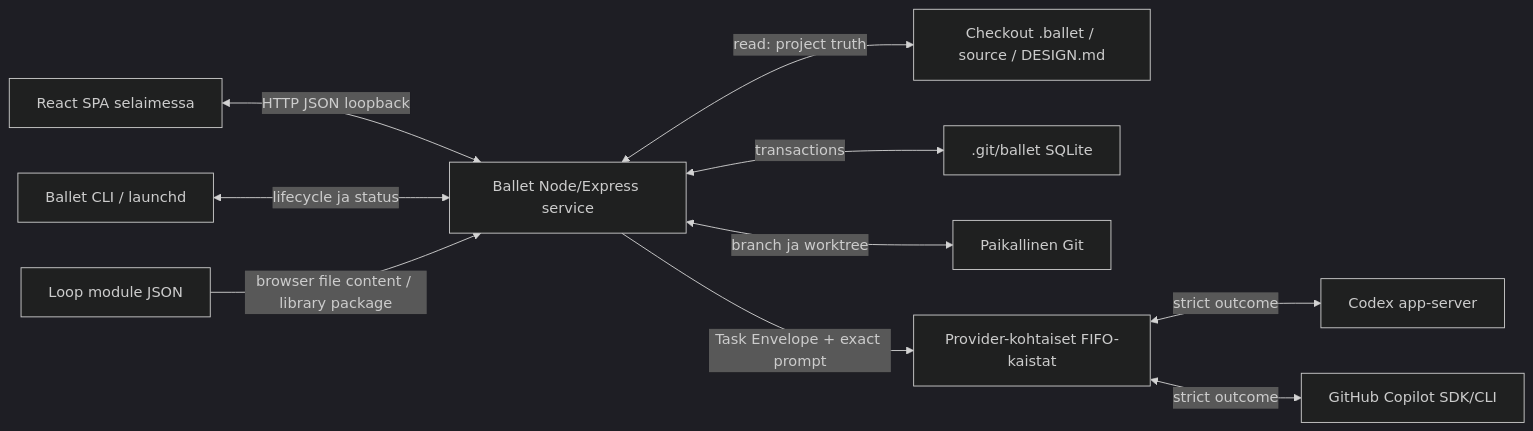
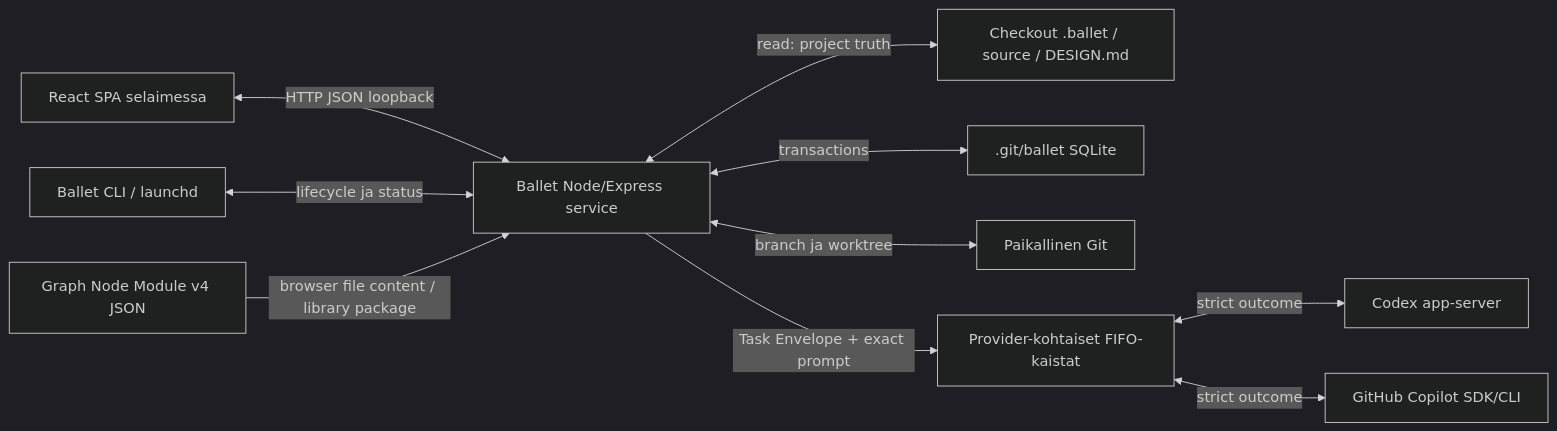
Before and after one commit to isinisalo/ballet: the second of 2 diagrams in .ballet/arc42/03-context-and-scope.md, drawn with Mermaid (dark theme). The commit also changed other lines of this file and 344 other files, not shown here.

````diff
--- a/.ballet/arc42/03-context-and-scope.md
+++ b/.ballet/arc42/03-context-and-scope.md
@@ -50,12 +50,12 @@
 ```mermaid
 flowchart LR
   browser["React SPA selaimessa"] <-->|"HTTP JSON loopback"| api["Ballet Node/Express service"]
   cli["Ballet CLI / launchd"] <-->|"lifecycle ja status"| api
   api <-->|"read: project truth"| repo["Checkout .ballet / source / DESIGN.md"]
   api <-->|"transactions"| sqlite[".git/ballet SQLite"]
   api <-->|"branch ja worktree"| git["Paikallinen Git"]
   api -->|"Task Envelope + exact prompt"| lanes["Provider-kohtaiset FIFO-kaistat"]
   lanes <-->|"strict outcome"| codex["Codex app-server"]
   lanes <-->|"strict outcome"| copilot["GitHub Copilot SDK/CLI"]
-  package["Loop module JSON"] -->|"browser file content / library package"| api
+  package["Graph Node Module v4 JSON"] -->|"browser file content / library package"| api
 ```
````
